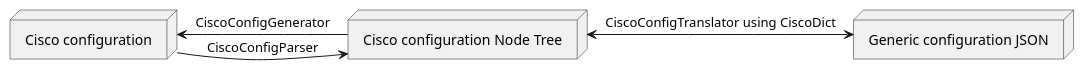
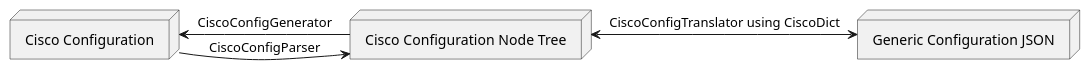
Before and after one commit to maciej-czajkowski/generic-network-configuration: the diagram in project/docs/flowCisco.iuml, drawn with PlantUML. The commit also changed 1 other file, not shown here.

```diff
--- a/project/docs/flowCisco.iuml
+++ b/project/docs/flowCisco.iuml
@@ -1,18 +1,12 @@
 @startuml Cisco Flow
 
-node cisco as "Cisco configuration"
-node generic as "Generic configuration JSON"
-node cisco_tree as "Cisco configuration Node Tree"
-' node juniper_tree as "Juniper configuration Node Tree"
-' node juniper as "Juniper Configuration"
+node cisco as "Cisco Configuration"
+node generic as "Generic Configuration JSON"
+node cisco_tree as "Cisco Configuration Node Tree"
 
 cisco -> cisco_tree : CiscoConfigParser
 cisco_tree <-> generic : CiscoConfigTranslator using CiscoDict
-' cisco_tree -> generic : CiscoConfigTranslator using CiscoDict
 
 cisco_tree -> cisco : CiscoConfigGenerator
-' generic -> cisco_tree: CiscoConfigTranslater using CiscoDict
-' generic -> juniper_tree : JuniperConfigTranslator using JuniperDict
-' juniper_tree -> juniper : JuniperConfigGenerator
 
 @enduml
```
